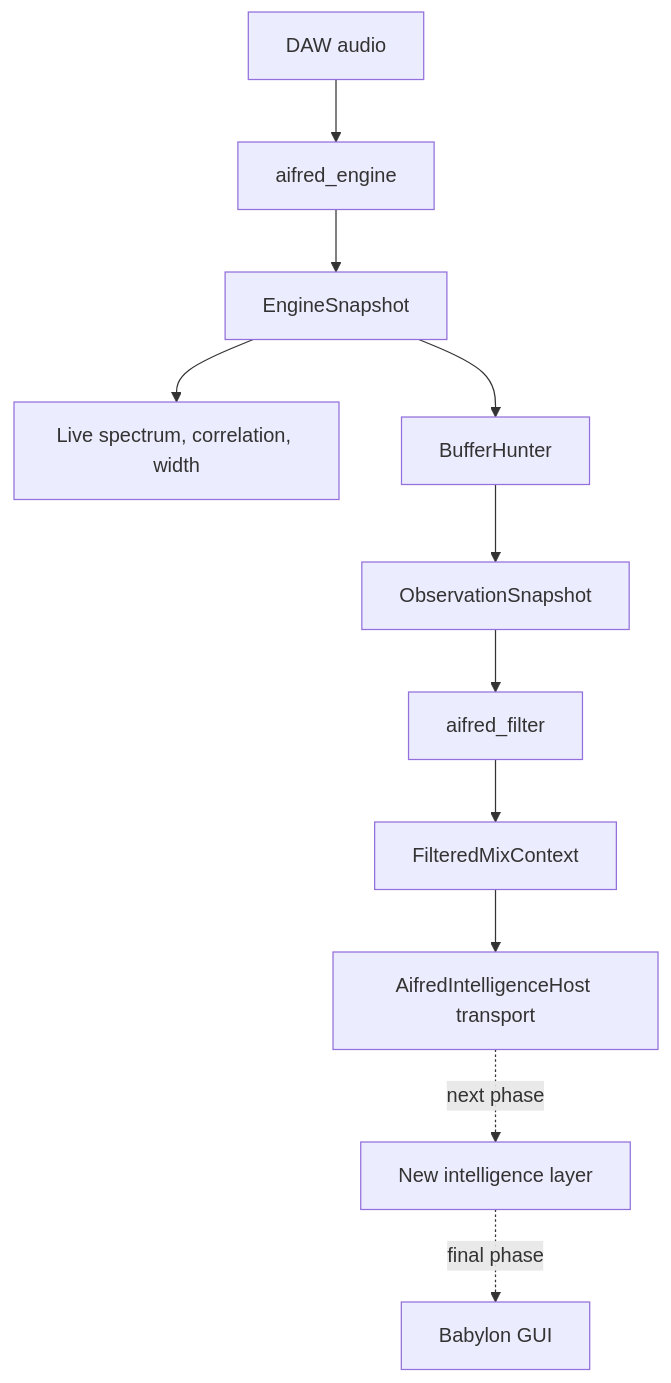
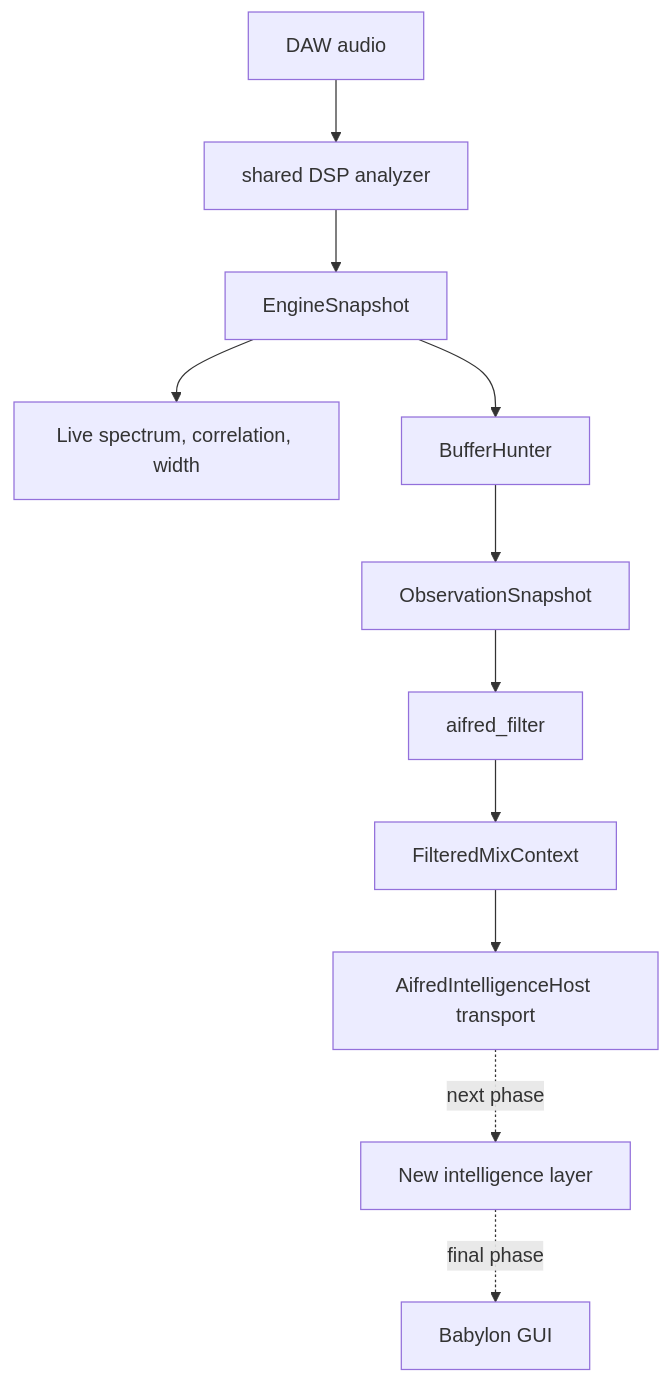
The diagram in docs/ARCHITECTURE.md (kaeganscott26/AIFRED_Official-), drawn with Mermaid before and after one commit. The commit also changed other lines of this file and 10 other files, not shown here.

````diff
--- a/docs/ARCHITECTURE.md
+++ b/docs/ARCHITECTURE.md
@@ -5,13 +5,13 @@
 ```mermaid
 flowchart TD
-    DAW[DAW audio] --> Engine[aifred_engine]
+    DAW[DAW audio] --> Engine[shared DSP analyzer]
     Engine --> ES[EngineSnapshot]
     ES --> Live[Live spectrum, correlation, width]
     ES --> BH[BufferHunter]
     BH --> OS[ObservationSnapshot]
     OS --> Filter[aifred_filter]
     Filter --> Context[FilteredMixContext]
     Context --> Host[AifredIntelligenceHost transport]
     Host -. next phase .-> Intelligence[New intelligence layer]
     Intelligence -. final phase .-> Babylon[Babylon GUI]
 ```
````
